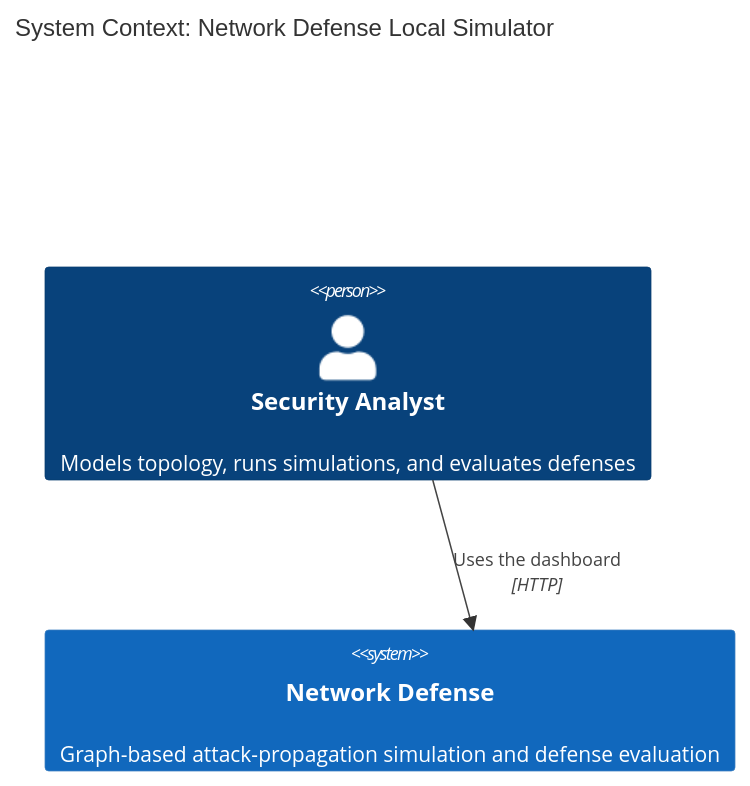
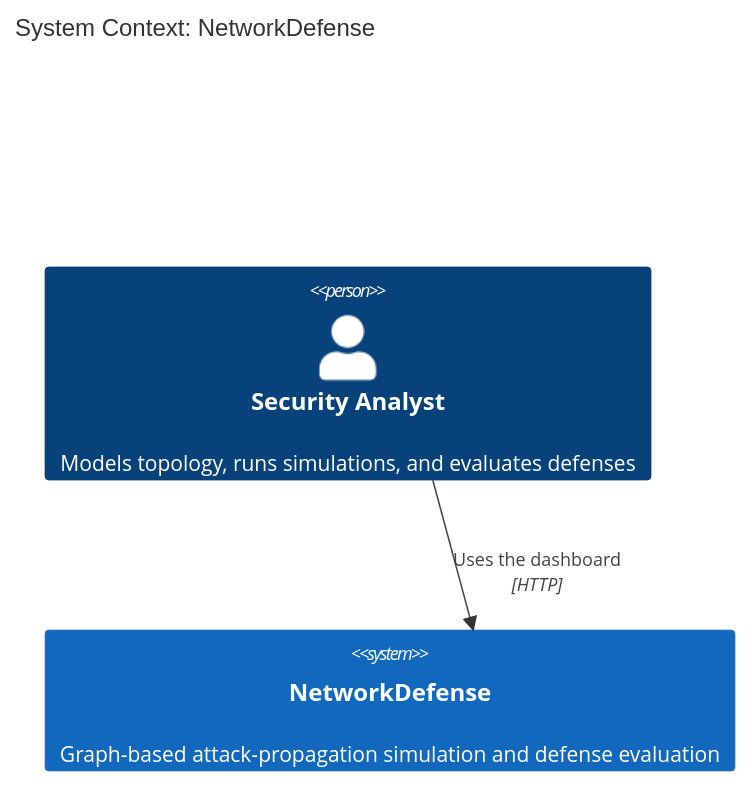
The first of 5 diagrams in docs/architecture.md (michalo1334/master_thesis), drawn with Mermaid before and after one commit. The commit also changed other lines of this file and 75 other files, not shown here.

Commit message:
Refine NetworkDefense dashboard and graph inspector

````diff
--- a/docs/architecture.md
+++ b/docs/architecture.md
@@ -9,9 +9,9 @@
 ```mermaid
 C4Context
-  title System Context: Network Defense Local Simulator
+  title System Context: NetworkDefense
 
   Person(securityAnalyst, "Security Analyst", "Models topology, runs simulations, and evaluates defenses")
-  System(networkDefense, "Network Defense", "Graph-based attack-propagation simulation and defense evaluation")
+  System(networkDefense, "NetworkDefense", "Graph-based attack-propagation simulation and defense evaluation")
 
   Rel(securityAnalyst, networkDefense, "Uses the dashboard", "HTTP")
 ```
````
